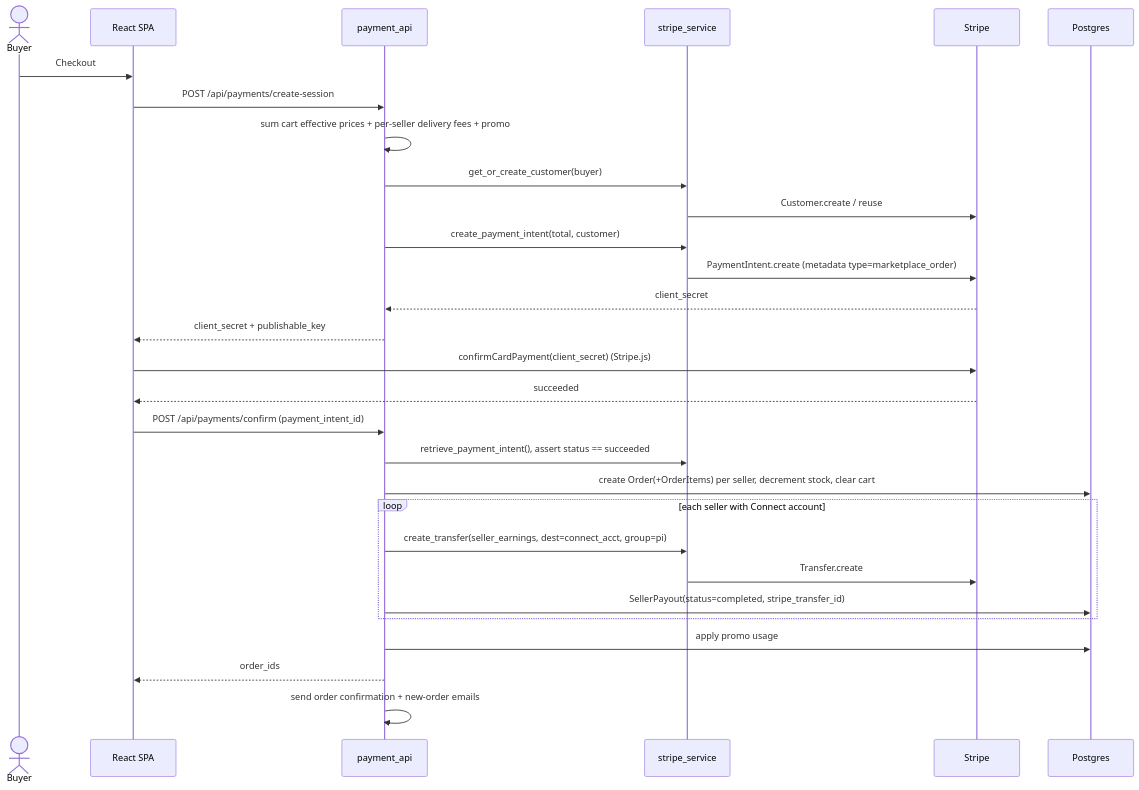
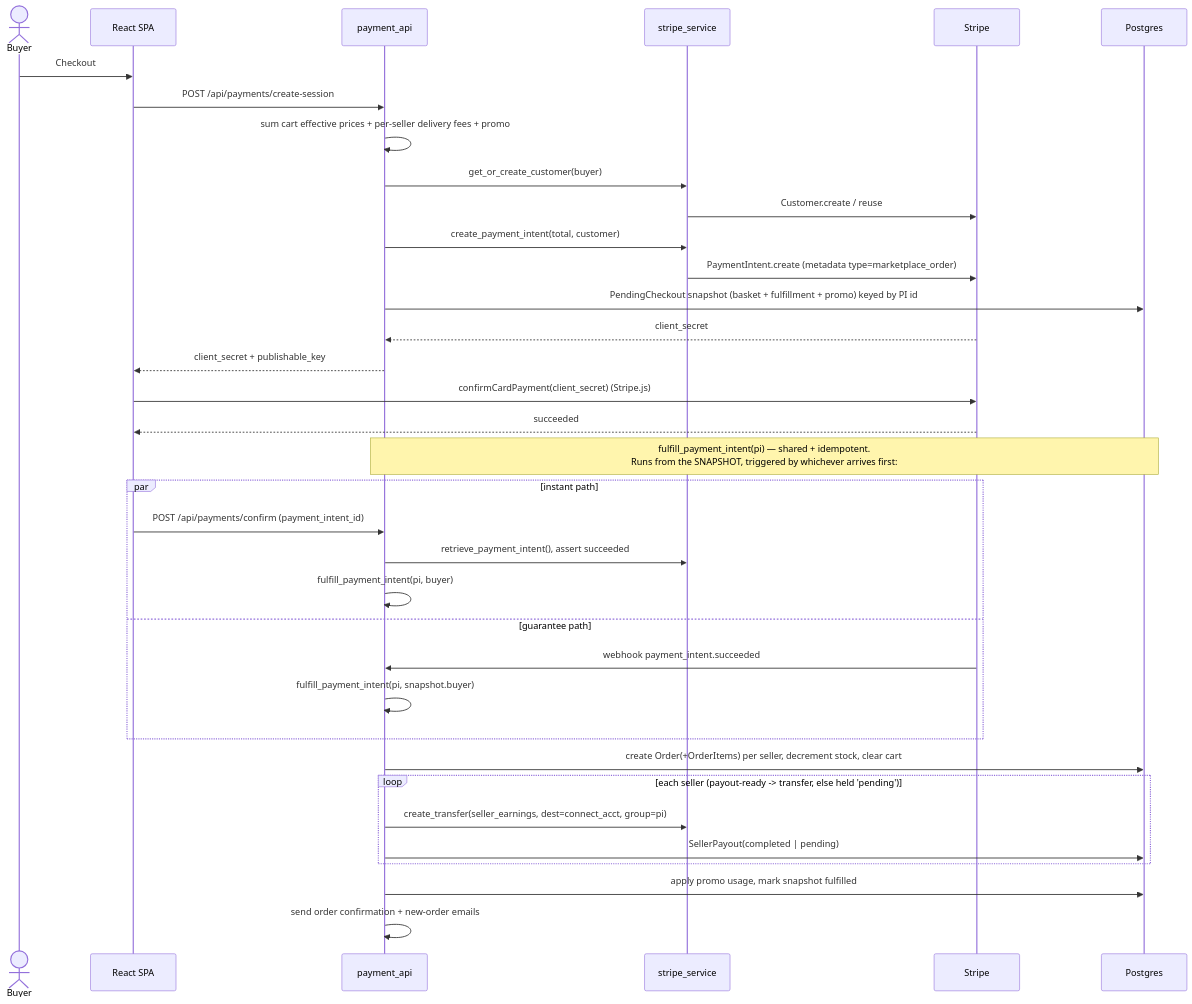
The first of 4 diagrams in docs/architecture/05-payments.md (mchine73/yardharvest), drawn with Mermaid before and after one commit. The commit also changed other lines of this file and 4 other files, not shown here.

First line of the commit message:
Webhook-guaranteed marketplace fulfillment via checkout snapshot

````diff
--- a/docs/architecture/05-payments.md
+++ b/docs/architecture/05-payments.md
@@ -21,33 +21,39 @@
 ```mermaid
 sequenceDiagram
     actor B as Buyer
     participant FE as React SPA
     participant PAY as payment_api
     participant SS as stripe_service
     participant ST as Stripe
     participant DB as Postgres
 
     B->>FE: Checkout
     FE->>PAY: POST /api/payments/create-session
     PAY->>PAY: sum cart effective prices + per-seller delivery fees + promo
     PAY->>SS: get_or_create_customer(buyer)
     SS->>ST: Customer.create / reuse
     PAY->>SS: create_payment_intent(total, customer)
     SS->>ST: PaymentIntent.create (metadata type=marketplace_order)
+    PAY->>DB: PendingCheckout snapshot (basket + fulfillment + promo) keyed by PI id
     ST-->>PAY: client_secret
     PAY-->>FE: client_secret + publishable_key
     FE->>ST: confirmCardPayment(client_secret) (Stripe.js)
     ST-->>FE: succeeded
 
-    FE->>PAY: POST /api/payments/confirm (payment_intent_id)
-    PAY->>SS: retrieve_payment_intent(), assert status == succeeded
+    Note over PAY,DB: fulfill_payment_intent(pi) — shared + idempotent.<br/>Runs from the SNAPSHOT, triggered by whichever arrives first:
+    par instant path
+        FE->>PAY: POST /api/payments/confirm (payment_intent_id)
+        PAY->>SS: retrieve_payment_intent(), assert succeeded
+        PAY->>PAY: fulfill_payment_intent(pi, buyer)
+    and guarantee path
+        ST->>PAY: webhook payment_intent.succeeded
+        PAY->>PAY: fulfill_payment_intent(pi, snapshot.buyer)
+    end
     PAY->>DB: create Order(+OrderItems) per seller, decrement stock, clear cart
-    loop each seller with Connect account
+    loop each seller (payout-ready -> transfer, else held 'pending')
         PAY->>SS: create_transfer(seller_earnings, dest=connect_acct, group=pi)
-        SS->>ST: Transfer.create
-        PAY->>DB: SellerPayout(status=completed, stripe_transfer_id)
+        PAY->>DB: SellerPayout(completed | pending)
     end
-    PAY->>DB: apply promo usage
-    PAY-->>FE: order_ids
+    PAY->>DB: apply promo usage, mark snapshot fulfilled
     PAY->>PAY: send order confirmation + new-order emails
 ```
````
